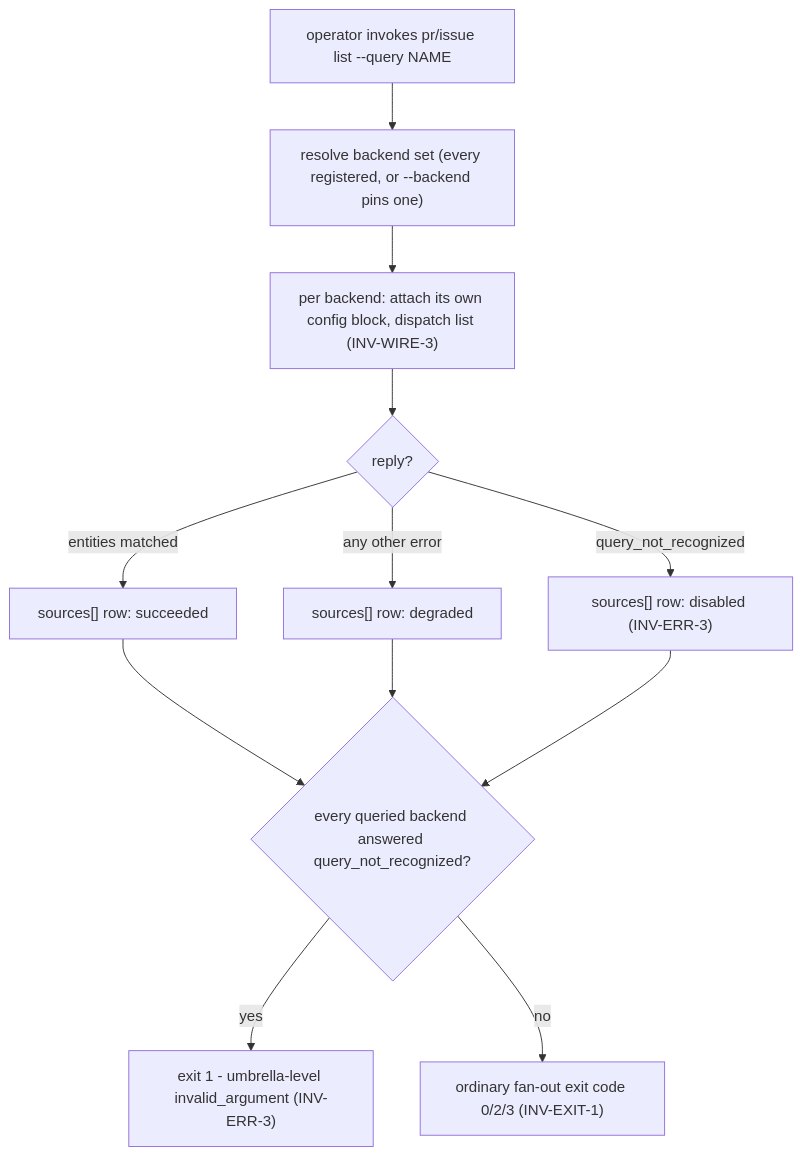
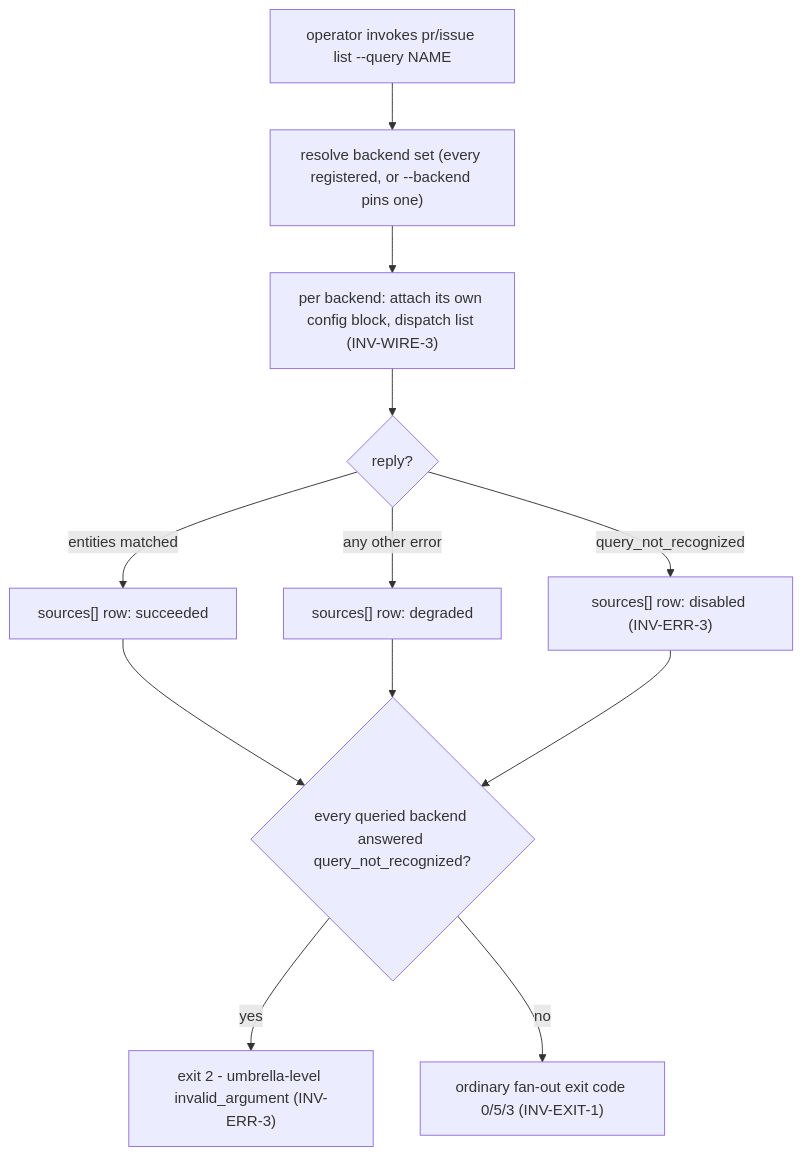
The sixth of 15 diagrams in packages/pg-connector/docs/behavior/journeys.md (phillipgreenii/nix-agent-support), drawn with Mermaid before and after one commit. The commit also changed other lines of this file and 48 other files, not shown here.

````diff
--- a/packages/pg-connector/docs/behavior/journeys.md
+++ b/packages/pg-connector/docs/behavior/journeys.md
@@ -333,14 +335,14 @@
 ```mermaid
 flowchart TD
     call["operator invokes pr/issue list --query NAME"] --> resolve["resolve backend set (every registered, or --backend pins one)"]
     resolve --> loop["per backend: attach its own config block, dispatch list (INV-WIRE-3)"]
     loop --> reply{"reply?"}
     reply -->|"entities matched"| ok["sources[] row: succeeded"]
     reply -->|"query_not_recognized"| disabled["sources[] row: disabled (INV-ERR-3)"]
     reply -->|"any other error"| degraded["sources[] row: degraded"]
     ok --> tally{"every queried backend answered query_not_recognized?"}
     degraded --> tally
     disabled --> tally
-    tally -->|yes| einval["exit 1 - umbrella-level invalid_argument (INV-ERR-3)"]
-    tally -->|no| fanexit["ordinary fan-out exit code 0/2/3 (INV-EXIT-1)"]
+    tally -->|yes| einval["exit 2 - umbrella-level invalid_argument (INV-ERR-3)"]
+    tally -->|no| fanexit["ordinary fan-out exit code 0/5/3 (INV-EXIT-1)"]
 ```
````
